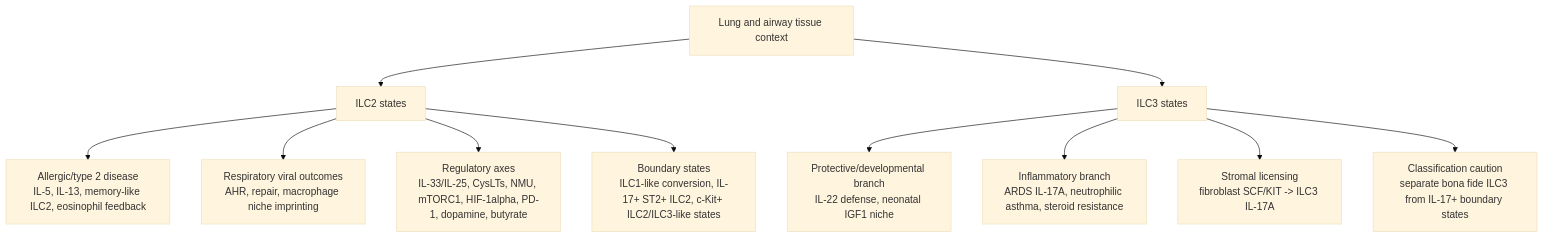
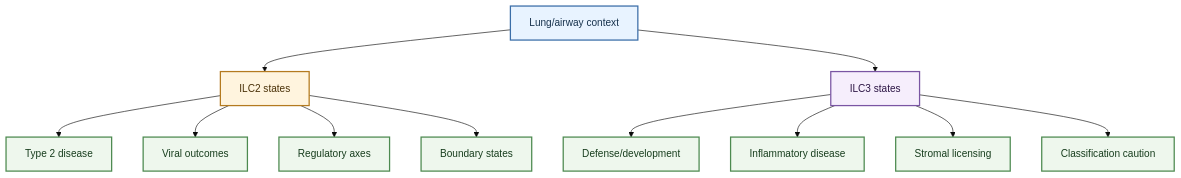
Before and after one commit to shao1116/ILC-Wiki: the diagram in wiki/digests/2026-04-22_lung_ILC_core_evidence_synthesis.md, drawn with Mermaid (base theme). The commit also changed 14 other files, not shown here.

````diff
--- a/wiki/digests/2026-04-22_lung_ILC_core_evidence_synthesis.md
+++ b/wiki/digests/2026-04-22_lung_ILC_core_evidence_synthesis.md
@@ -21,15 +21,28 @@
 ```mermaid
 flowchart TB
-    tissue["Lung and airway tissue context"] --> ilc2["ILC2 states"]
+    accTitle: Lung ILC Core Map
+    accDescr: Compact map separating ILC2 and ILC3 state branches in lung and airway disease. Detailed mediators are described in the prose below the diagram.
+
+    tissue["Lung/airway context"] --> ilc2["ILC2 states"]
     tissue --> ilc3["ILC3 states"]
 
-    ilc2 --> allergic["Allergic/type 2 disease<br/>IL-5, IL-13, memory-like ILC2, eosinophil feedback"]
-    ilc2 --> viral["Respiratory viral outcomes<br/>AHR, repair, macrophage niche imprinting"]
-    ilc2 --> regulation["Regulatory axes<br/>IL-33/IL-25, CysLTs, NMU, mTORC1, HIF-1alpha, PD-1, dopamine, butyrate"]
-    ilc2 --> plasticity["Boundary states<br/>ILC1-like conversion, IL-17+ ST2+ ILC2, c-Kit+ ILC2/ILC3-like states"]
+    ilc2 --> allergic["Type 2 disease"]
+    ilc2 --> viral["Viral outcomes"]
+    ilc2 --> regulation["Regulatory axes"]
+    ilc2 --> plasticity["Boundary states"]
 
-    ilc3 --> defense["Protective/developmental branch<br/>IL-22 defense, neonatal IGF1 niche"]
-    ilc3 --> injury["Inflammatory branch<br/>ARDS IL-17A, neutrophilic asthma, steroid resistance"]
-    ilc3 --> stromal["Stromal licensing<br/>fibroblast SCF/KIT -> ILC3 IL-17A"]
-    ilc3 --> caution["Classification caution<br/>separate bona fide ILC3 from IL-17+ boundary states"]
+    ilc3 --> defense["Defense/development"]
+    ilc3 --> injury["Inflammatory disease"]
+    ilc3 --> stromal["Stromal licensing"]
+    ilc3 --> caution["Classification caution"]
+
+    classDef tissue_class fill:#e8f3ff,stroke:#3b6ea8,stroke-width:2px,color:#17324d
+    classDef ilc2_class fill:#fff4de,stroke:#b47a1f,stroke-width:2px,color:#4a3108
+    classDef ilc3_class fill:#f6eefc,stroke:#7a55a3,stroke-width:2px,color:#2d1645
+    classDef branch fill:#eef7ed,stroke:#4d8a50,stroke-width:2px,color:#173d1d
+
+    class tissue tissue_class
+    class ilc2 ilc2_class
+    class ilc3 ilc3_class
+    class allergic,viral,regulation,plasticity,defense,injury,stromal,caution branch
 ```
````
